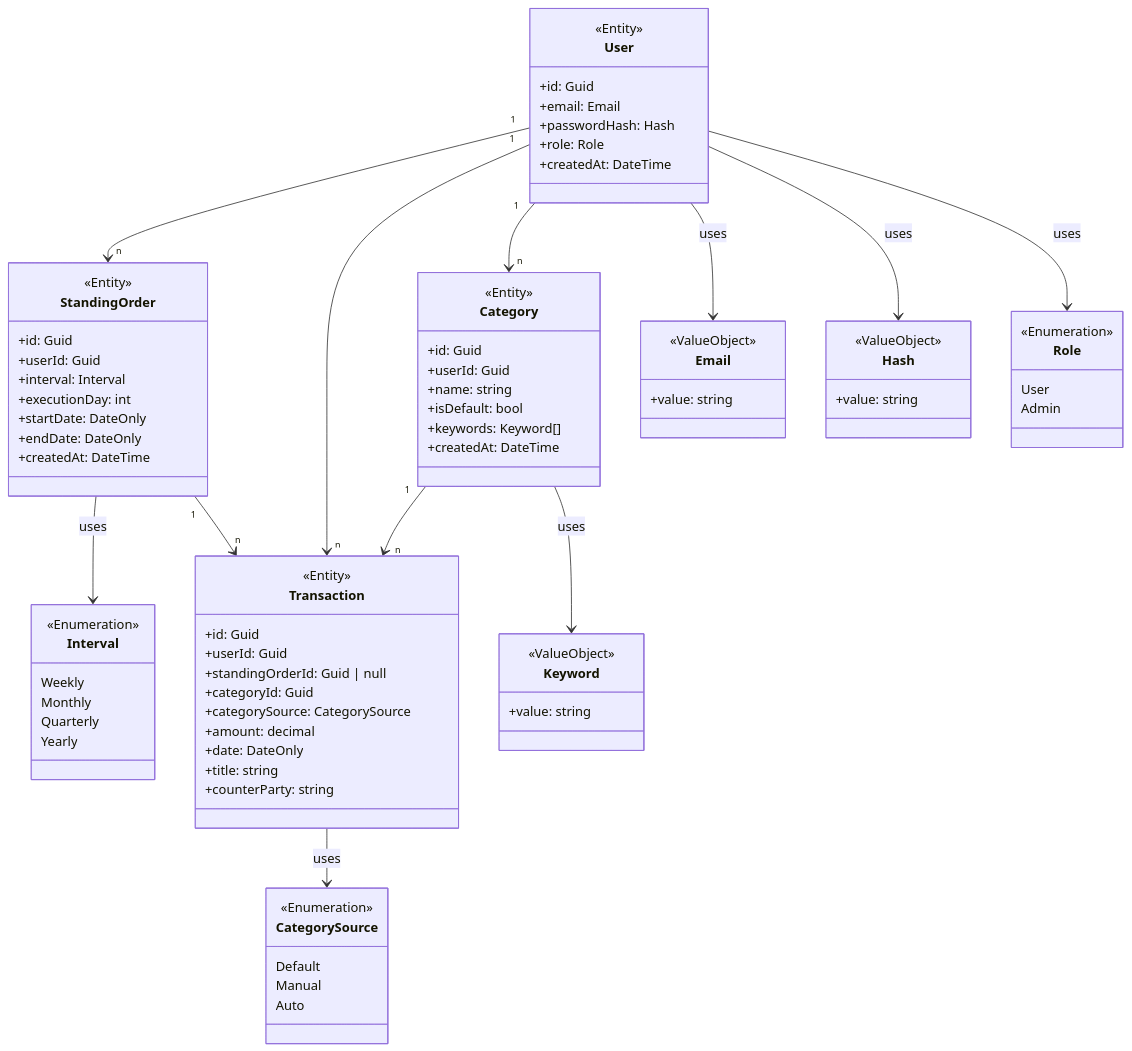
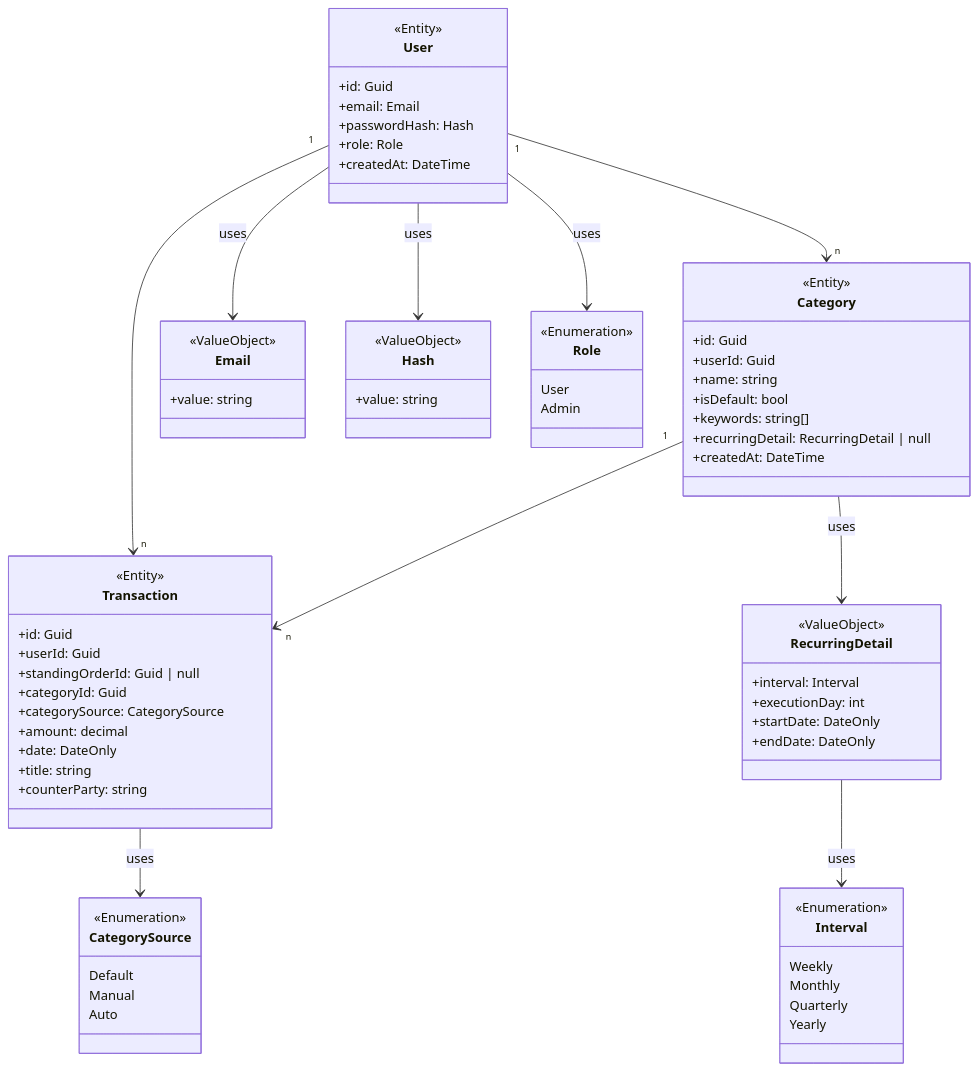
One commit to MoritzLue24/Broke-Manager changed the diagram in docs/backend/Layers/Domain.md. Above: the diagram before and after it, drawn with Mermaid. The commit also changed other lines of this file, not shown here.

Commit message:
removed StandingOrder entity, replaced with recurringDetail on Category

````diff
--- a/docs/backend/Layers/Domain.md
+++ b/docs/backend/Layers/Domain.md
@@ -67,17 +65,6 @@
         +title: string
         +counterParty: string
     }
-    
-    class StandingOrder {
-	    <<Entity>>
-	    +id: Guid
-	    +userId: Guid
-	    +interval: Interval
-	    +executionDay: int
-	    +startDate: DateOnly
-	    +endDate: DateOnly
-	    +createdAt: DateTime
-    }
 
     class Category {
         <<Entity>>
@@ -85,7 +72,8 @@
         +userId: Guid
         +name: string
         +isDefault: bool
-        +keywords: Keyword[]
+        +keywords: string[]
+        +recurringDetail: RecurringDetail | null
         +createdAt: DateTime
     }
 
@@ -99,12 +87,14 @@
         <<ValueObject>>
         +value: string
     }
-
-    class Keyword {
-        <<ValueObject>>
-        +value: string
-    }
-
+	
+	class RecurringDetail {
+		<<ValueObject>>
+		+interval: Interval
+	    +executionDay: int
+	    +startDate: DateOnly
+	    +endDate: DateOnly
+	}
 
 
     class Role {
@@ -129,17 +119,16 @@
     }
 
 
-	User "1" --> "n" StandingOrder
-	StandingOrder --> Interval : uses
-	StandingOrder "1" --> "n" Transaction
-	User "1" --> "n" Transaction
+	User --> Email : uses
+    User --> Hash : uses
+    User --> Role : uses
+
 	User "1" --> "n" Category
     Category "1" --> "n" Transaction
-    
-    User --> Email : uses
-    User --> Hash : uses
-    User --> Role : uses
+	Category --> RecurringDetail : uses
+    RecurringDetail --> Interval : uses
+
+	User "1" --> "n" Transaction
     
     Transaction --> CategorySource : uses
-    Category --> Keyword : uses
 ```
````
